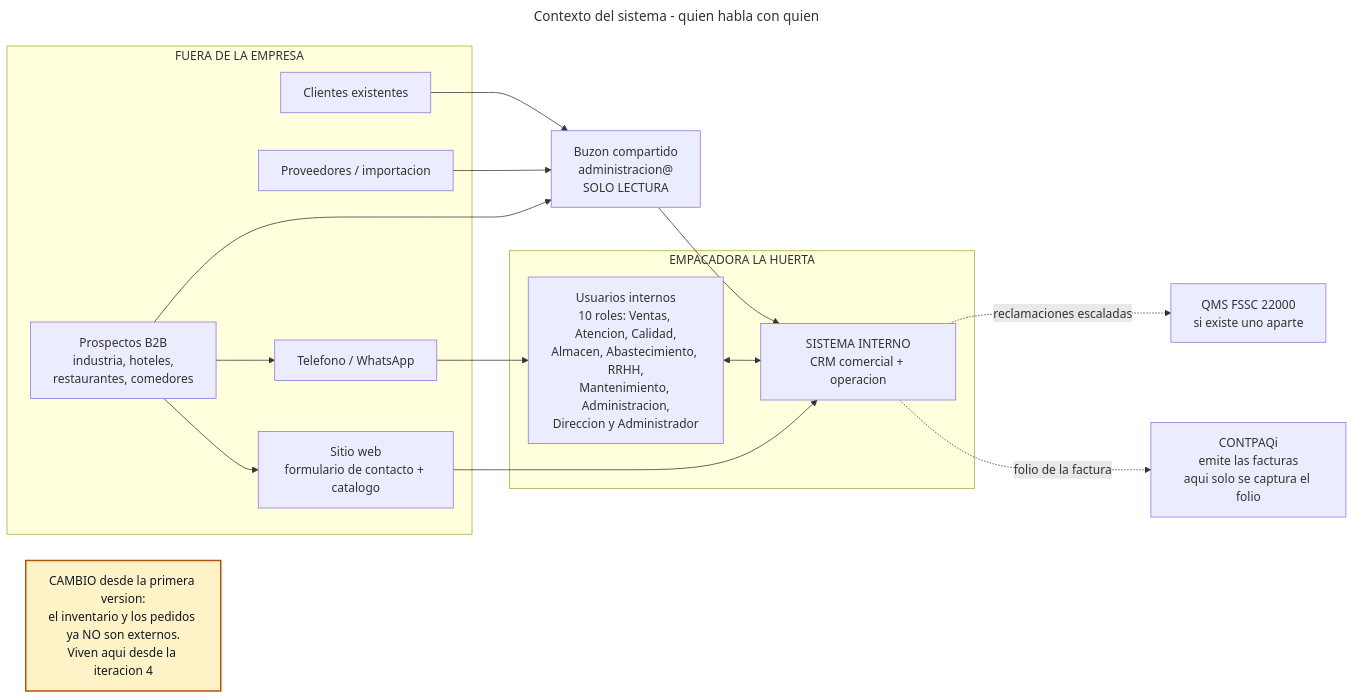
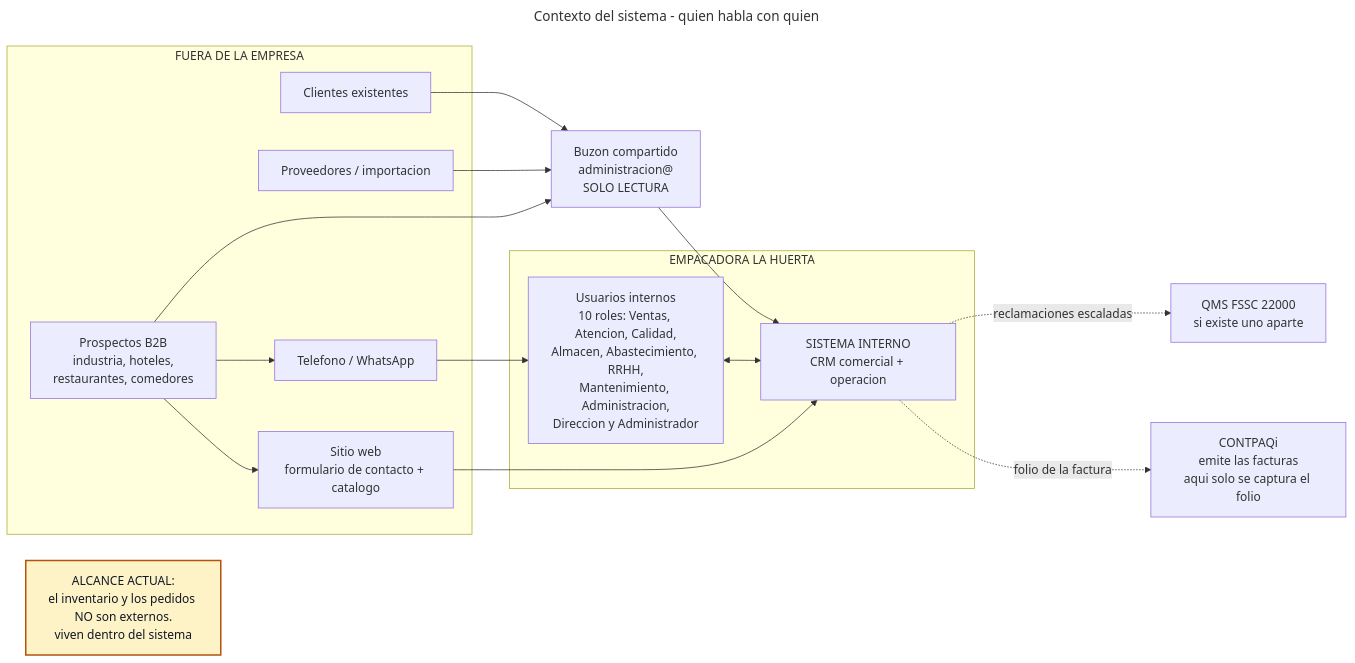
One commit to erimaan13-cmd/lahuerta-crm changed the diagram in docs/diagrams/01_system_context.mmd. Above: the diagram before and after it, drawn with Mermaid. The commit also changed 3 other files, not shown here.

```diff
--- a/docs/diagrams/01_system_context.mmd
+++ b/docs/diagrams/01_system_context.mmd
@@ -1,35 +1,35 @@
 ---
 title: Contexto del sistema - quien habla con quien
 ---
 flowchart LR
   subgraph Externos["FUERA DE LA EMPRESA"]
     P["Prospectos B2B<br/>industria, hoteles,<br/>restaurantes, comedores"]
     C["Clientes existentes"]
     S["Proveedores / importacion"]
     W["Sitio web<br/>formulario de contacto + catalogo"]
     WA["Telefono / WhatsApp"]
   end
 
   subgraph LaHuerta["EMPACADORA LA HUERTA"]
     U["Usuarios internos<br/>10 roles: Ventas, Atencion, Calidad,<br/>Almacen, Abastecimiento, RRHH,<br/>Mantenimiento, Administracion,<br/>Direccion y Administrador"]
     CRM["SISTEMA INTERNO<br/>CRM comercial + operacion"]
   end
 
   MAIL["Buzon compartido<br/>administracion@<br/>SOLO LECTURA"]
   CP["CONTPAQi<br/>emite las facturas<br/>aqui solo se captura el folio"]
   QMS["QMS FSSC 22000<br/>si existe uno aparte"]
 
   P --> W --> CRM
   P --> WA --> U
   P --> MAIL
   C --> MAIL
   S --> MAIL
   MAIL --> CRM
   U <--> CRM
   CRM -. "folio de la factura" .-> CP
   CRM -. "reclamaciones escaladas" .-> QMS
 
-  NOTA["CAMBIO desde la primera version:<br/>el inventario y los pedidos ya NO son externos.<br/>Viven aqui desde la iteracion 4"]
+  NOTA["ALCANCE ACTUAL:<br/>el inventario y los pedidos NO son externos.<br/>viven dentro del sistema"]
 
   classDef nota fill:#fef3c7,stroke:#b45309,color:#111827,stroke-width:2px
   class NOTA nota
```
